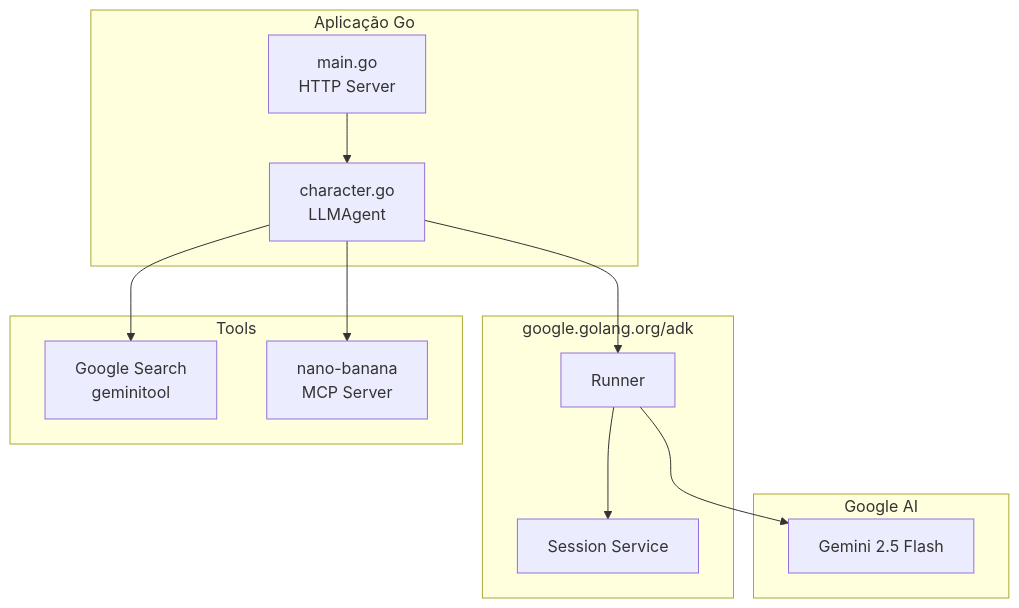
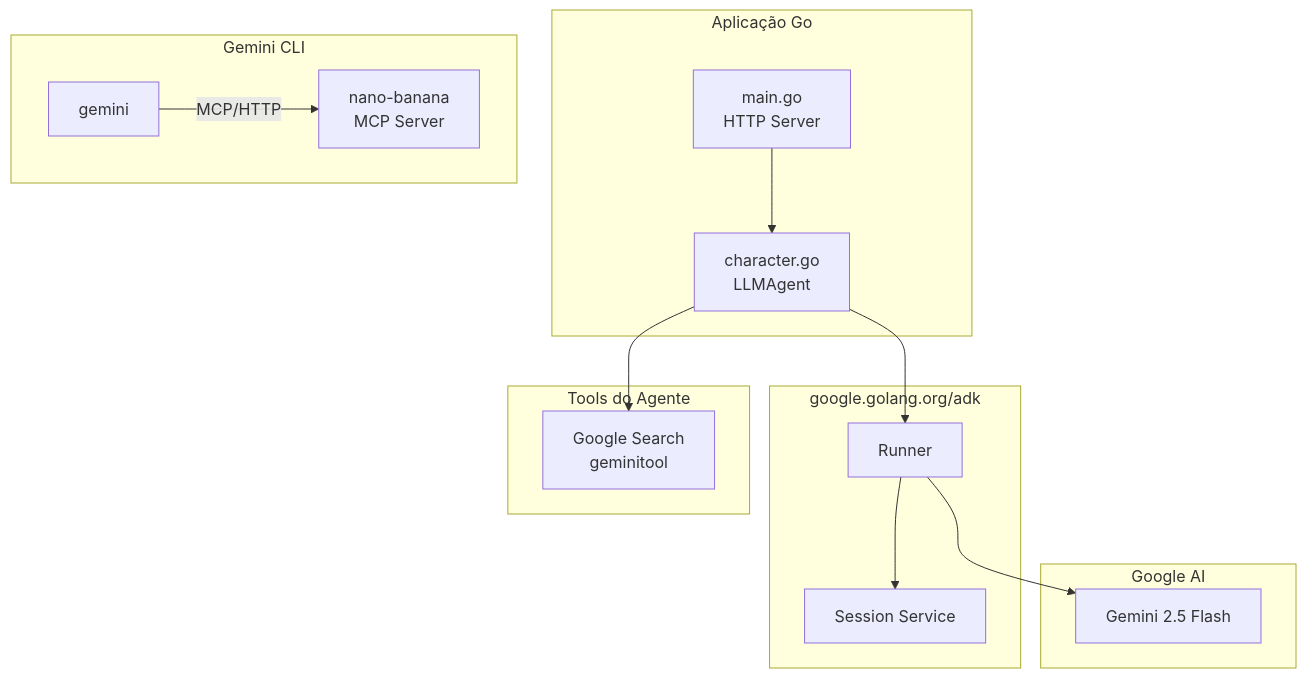
Before and after one commit to o-mago/companion-workshop: the fourth of 4 diagrams in slides/slides.md, drawn with Mermaid. The commit also changed other lines of this file and 3 other files, not shown here.

````diff
--- a/slides/slides.md
+++ b/slides/slides.md
@@ -668,28 +701,32 @@
 ```mermaid {scale: 0.68}
 graph TB
     subgraph App["Aplicação Go"]
         M[main.go\nHTTP Server]
         C[character.go\nLLMAgent]
         M --> C
     end
 
     subgraph ADK["google.golang.org/adk"]
         R[Runner]
         S[Session Service]
         R --> S
     end
 
-    subgraph Tools["Tools"]
-        GS[Google Search\ngeminitool]
-        NB[nano-banana\nMCP Server]
-    end
-
     subgraph Google["Google AI"]
         G[Gemini 2.5 Flash]
     end
 
+    subgraph Tools["Tools do Agente"]
+        GS[Google Search\ngeminitool]
+    end
+
+    subgraph CLI["Gemini CLI"]
+        GC[gemini]
+        NB[nano-banana\nMCP Server]
+        GC -->|MCP/HTTP| NB
+    end
+
     C --> R
     C --> GS
-    C --> NB
     R --> G
 ```
````
